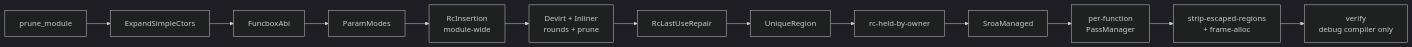
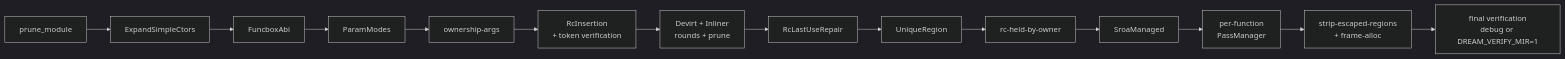
One commit to sps014/dream changed the first of 2 diagrams in docs/internals/05-writing-passes.md. Above: the diagram before and after it, drawn with Mermaid (dark theme). The commit also changed other lines of this file and 28 other files, not shown here.

Commit message:
Finish Phase 1 ownership and region verifier invariants

````diff
--- a/docs/internals/05-writing-passes.md
+++ b/docs/internals/05-writing-passes.md
@@ -35,4 +35,4 @@
 ```mermaid
 flowchart LR
-    prune1[prune_module] --> expand[ExpandSimpleCtors] --> fbox[FuncboxAbi] --> pm[ParamModes] --> rc[RcInsertion\nmodule-wide] --> inline[Devirt + Inliner\nrounds + prune] --> repair[RcLastUseRepair] --> ur[UniqueRegion] --> held[rc-held-by-owner] --> sm[SroaManaged] --> perfn[per-function\nPassManager] --> late[strip-escaped-regions\n+ frame-alloc] --> verify[verify\ndebug compiler only]
+    prune1[prune_module] --> expand[ExpandSimpleCtors] --> fbox[FuncboxAbi] --> pm[ParamModes] --> args[ownership-args] --> rc[RcInsertion\n+ token verification] --> inline[Devirt + Inliner\nrounds + prune] --> repair[RcLastUseRepair] --> ur[UniqueRegion] --> held[rc-held-by-owner] --> sm[SroaManaged] --> perfn[per-function\nPassManager] --> late[strip-escaped-regions\n+ frame-alloc] --> verify[final verification\ndebug or DREAM_VERIFY_MIR=1]
 ```
````
